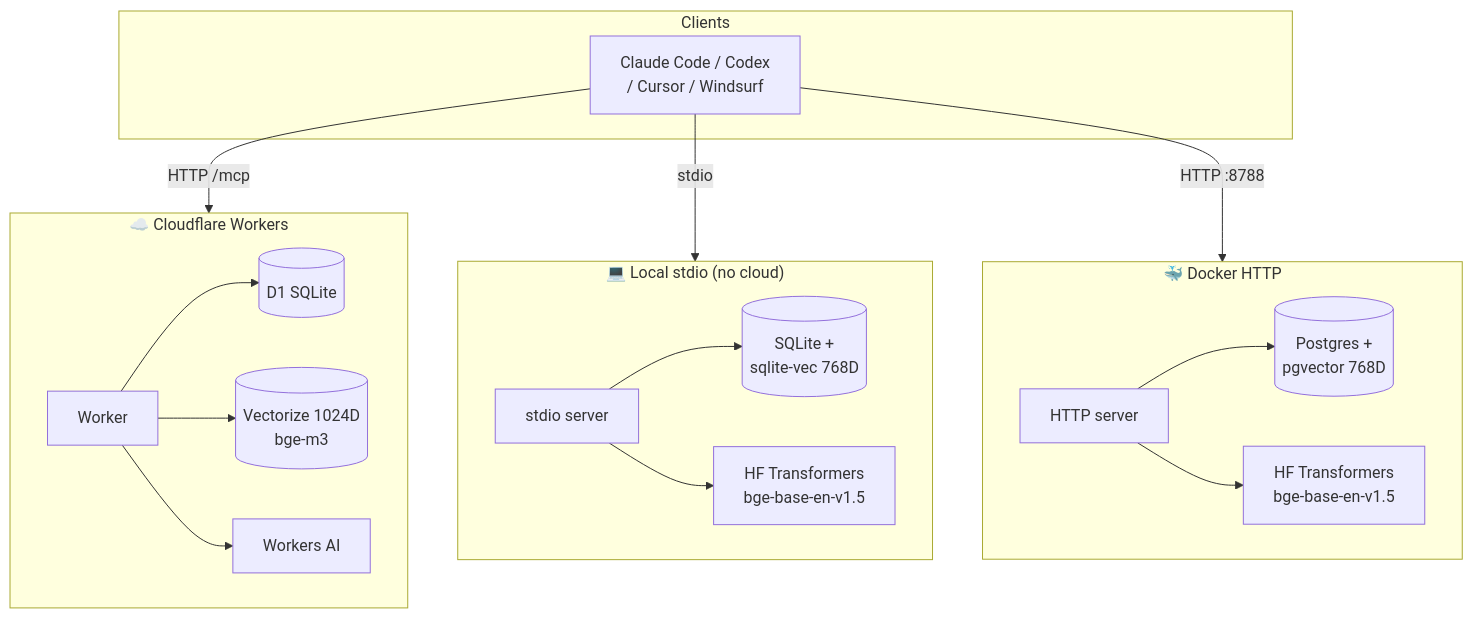
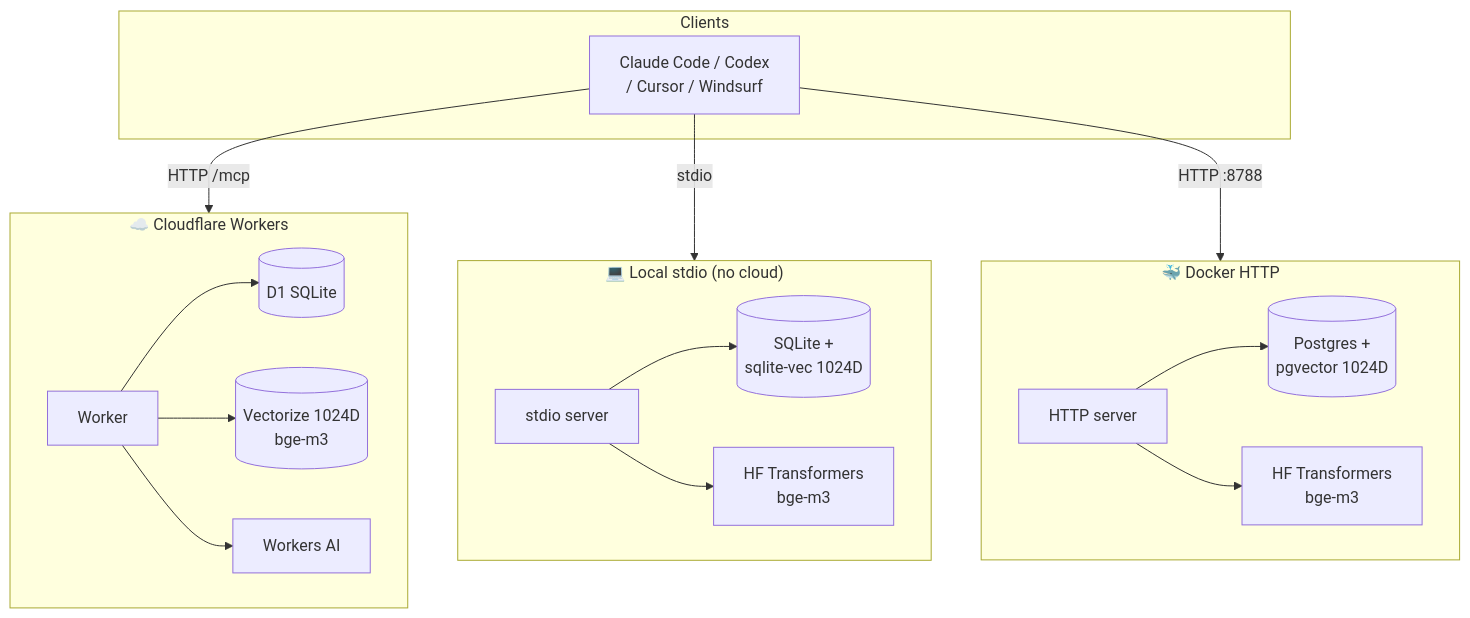
The diagram in README.md (cashcon57/recall), drawn with Mermaid before and after one commit. The commit also changed other lines of this file and 5 other files, not shown here.

````diff
--- a/README.md
+++ b/README.md
@@ -19,36 +19,36 @@
 ```mermaid
 flowchart TD
     subgraph Clients
         CC["Claude Code / Codex\n/ Cursor / Windsurf"]
     end
 
     subgraph CF["☁️  Cloudflare Workers"]
         CFW["Worker"]
         D1[("D1 SQLite")]
         VEC[("Vectorize 1024D\nbge-m3")]
         WAI["Workers AI"]
         CFW --> D1
         CFW --> VEC
         CFW --> WAI
     end
 
     subgraph Local["💻  Local stdio (no cloud)"]
         LST["stdio server"]
-        LSQL[("SQLite +\nsqlite-vec 768D")]
-        LEMB["HF Transformers\nbge-base-en-v1.5"]
+        LSQL[("SQLite +\nsqlite-vec 1024D")]
+        LEMB["HF Transformers\nbge-m3"]
         LST --> LSQL
         LST --> LEMB
     end
 
     subgraph Docker["🐳  Docker HTTP"]
         DSV["HTTP server"]
-        PG[("Postgres +\npgvector 768D")]
-        DEMB["HF Transformers\nbge-base-en-v1.5"]
+        PG[("Postgres +\npgvector 1024D")]
+        DEMB["HF Transformers\nbge-m3"]
         DSV --> PG
         DSV --> DEMB
     end
 
     CC -->|"HTTP /mcp"| CF
     CC -->|"stdio"| Local
     CC -->|"HTTP :8788"| Docker
 ```
````
